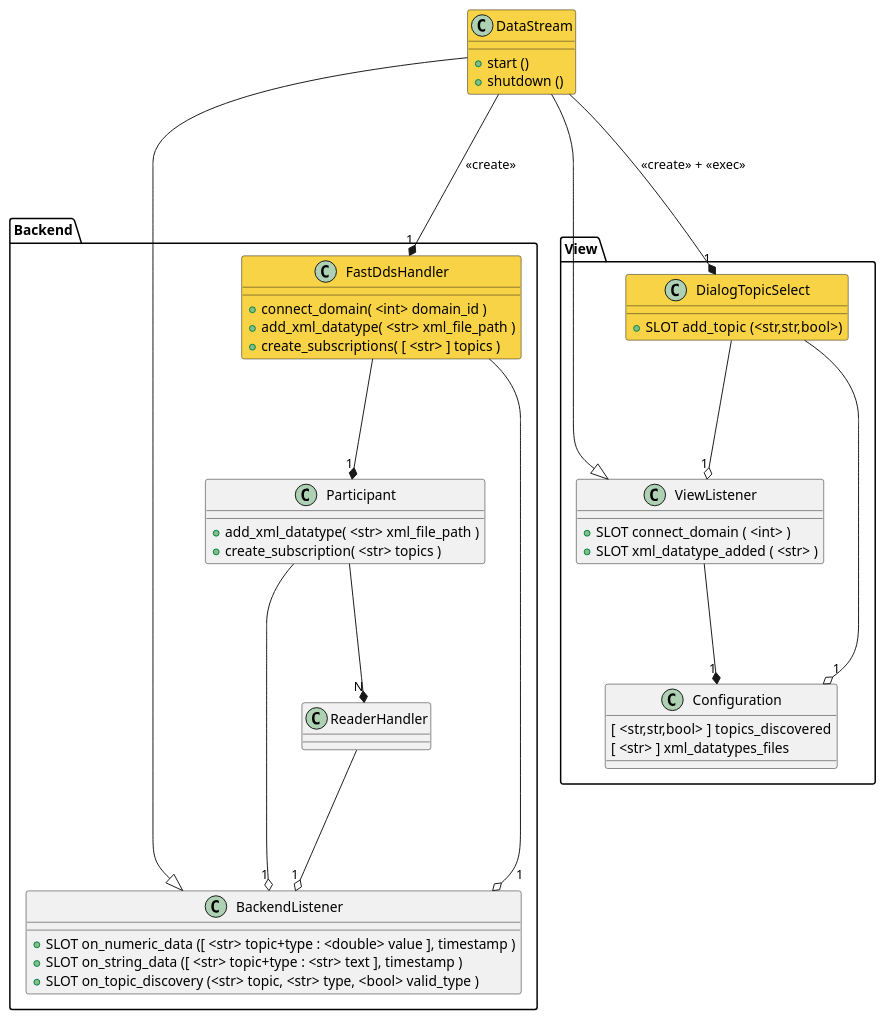
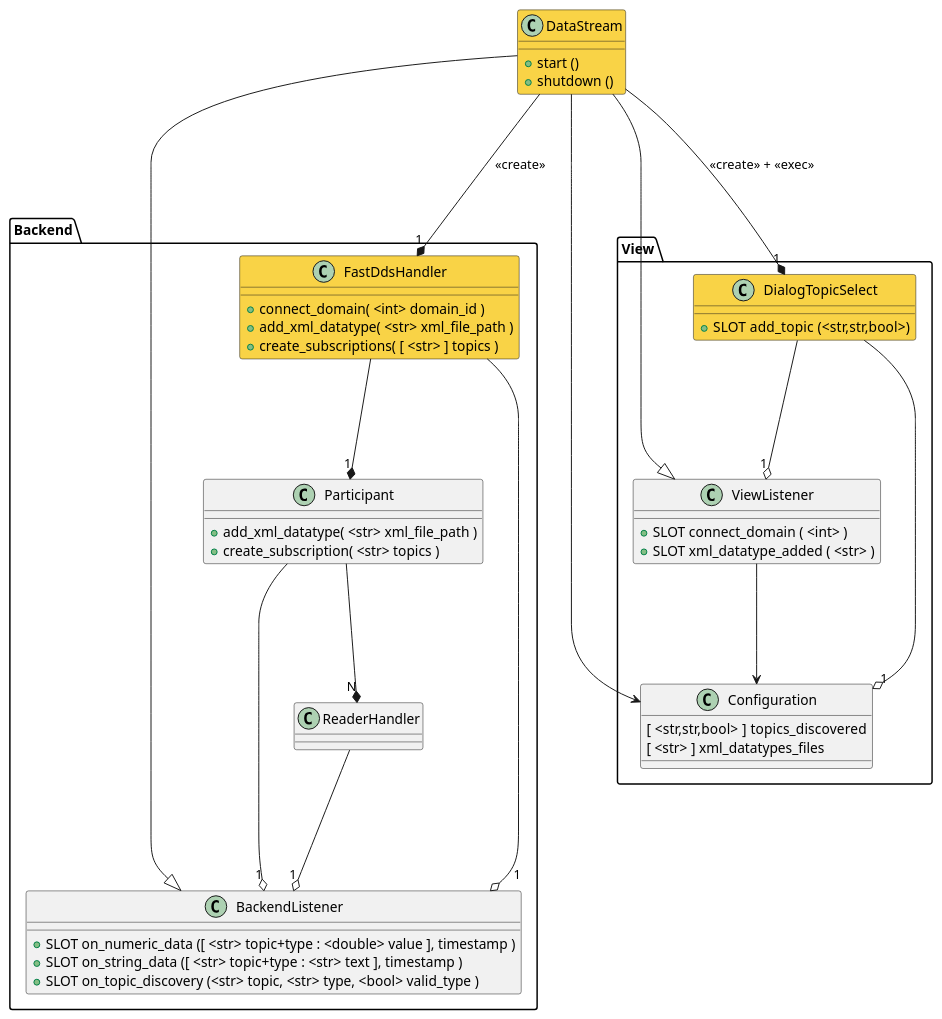
One commit to eProsima/fastdds-visualizer-plugin changed the diagram in .dev/design/datastream.plantuml. Above: the diagram before and after it, drawn with PlantUML. The commit also changed 9 other files, not shown here.

```diff
--- a/.dev/design/datastream.plantuml
+++ b/.dev/design/datastream.plantuml
@@ -2,102 +2,103 @@
 @startuml
 
 ' ---------------------------------------------------------
 
 package Backend
 {
 
 class BackendListener
 {
     + SLOT on_numeric_data ([ <str> topic+type : <double> value ], timestamp )
     + SLOT on_string_data ([ <str> topic+type : <str> text ], timestamp )
     + SLOT on_topic_discovery (<str> topic, <str> type, <bool> valid_type )
 }
 
 ' ---------------------------------------------------------
 
 class ReaderHandler
 {
 }
 
 ReaderHandler  ---o  "1"  BackendListener
 
 ' ---------------------------------------------------------
 
 class Participant
 {
     + add_xml_datatype( <str> xml_file_path )
     + create_subscription( <str> topics )
 }
 
 Participant  ---o  "1"  BackendListener
 Participant  ---*  "N"  ReaderHandler
 
 ' ---------------------------------------------------------
 
 class FastDdsHandler  #f9d346
 {
     + connect_domain( <int> domain_id )
     + add_xml_datatype( <str> xml_file_path )
     + create_subscriptions( [ <str> ] topics )
 }
 
 ' There will be only one FastDdsHandler, but BackendListener is not forced to
 ' belong to only one of them
 FastDdsHandler  ---o  "1"  BackendListener
 ' This may change in the future if multiple domains want to be shown at the same time
 FastDdsHandler  ---*  "1"  Participant
 
 }
 ' package Backend
 
 ' ---------------------------------------------------------
 ' ---------------------------------------------------------
 
 package View
 {
 
 ' ---------------------------------------------------------
 
 class Configuration
 {
     [ <str,str,bool> ] topics_discovered
     [ <str> ] xml_datatypes_files
 }
 
 ' ---------------------------------------------------------
 
 class ViewListener
 {
     + SLOT connect_domain ( <int> )
     + SLOT xml_datatype_added ( <str> )
 }
 
-ViewListener  ---*  "1"  Configuration
+ViewListener  --->  Configuration
 
 ' ---------------------------------------------------------
 
 class DialogTopicSelect  #f9d346
 {
     + SLOT add_topic (<str,str,bool>)
 }
 
 DialogTopicSelect  ---o  "1"  ViewListener
 DialogTopicSelect  ---o  "1"  Configuration
 
 }
 ' package Backend
 
 ' ---------------------------------------------------------
 
 class DataStream  #f9d346
 {
     + start ()
     + shutdown ()
 }
 
 DataStream  --|>  BackendListener
 DataStream  --|>  ViewListener
 DataStream  ---*  "1"  FastDdsHandler : <<create>>
 DataStream  ---*  "1"  DialogTopicSelect : <<create>> + <<exec>>
+DataStream  --->  Configuration
 
 @enduml
```
